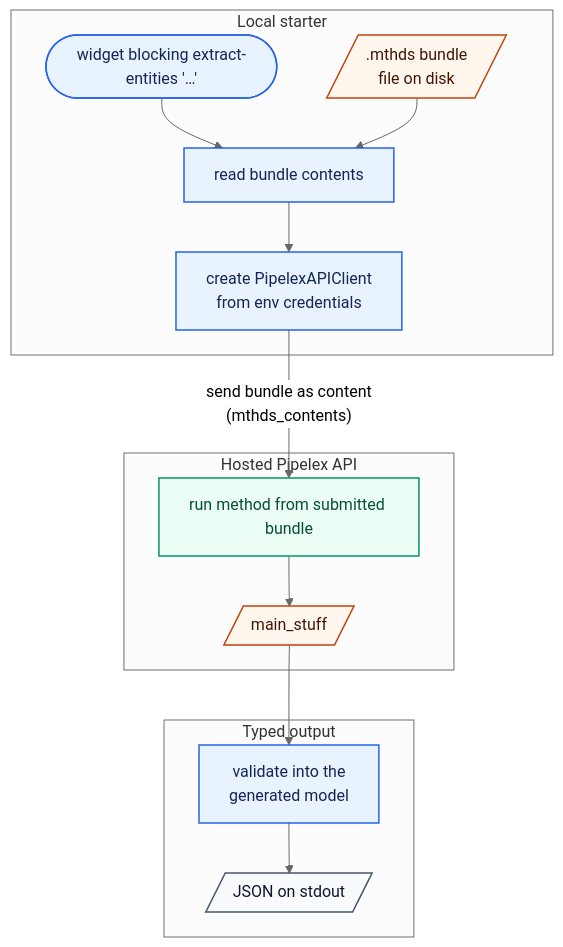
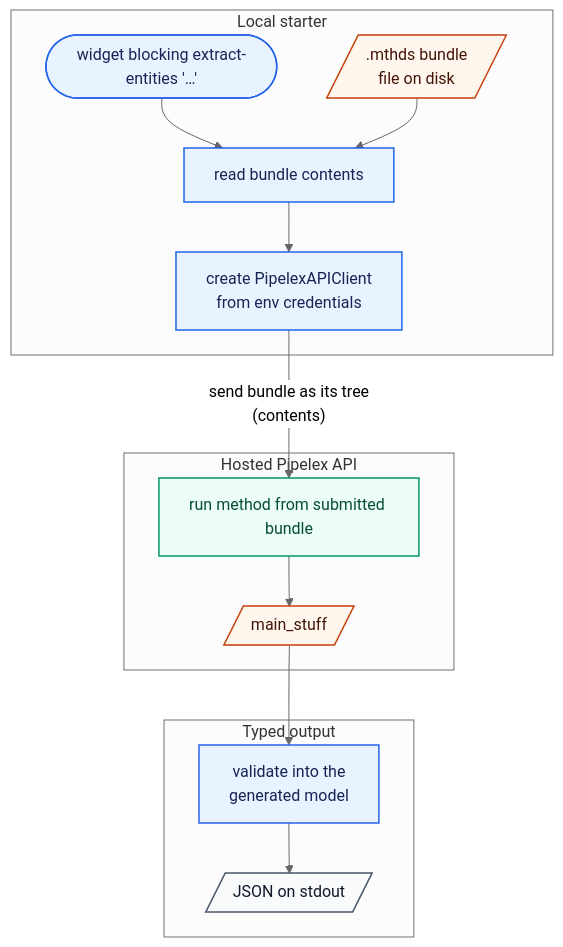
Before and after one commit to Pipelex/pipelex-starter-python: the first of 5 diagrams in README.md, drawn with Mermaid (neutral theme). The commit also changed other lines of this file and 21 other files, not shown here.

````diff
--- a/README.md
+++ b/README.md
@@ -126,32 +126,32 @@
 ```mermaid
 flowchart TD
     subgraph Local["Local starter"]
         CLI(["widget blocking extract-entities '…'"]):::operation
         Bundle[/" .mthds bundle<br/>file on disk "/]:::data
         Read["read bundle contents"]:::operation
         Client["create PipelexAPIClient<br/>from env credentials"]:::operation
     end
 
     subgraph Hosted["Hosted Pipelex API"]
         Run["run method from submitted bundle"]:::service
         MainStuff[/" main_stuff "/]:::data
     end
 
     subgraph Output["Typed output"]
         Parse["validate into the<br/>generated model"]:::operation
         JSON[/" JSON on stdout "/]:::terminal
     end
 
     CLI --> Read
     Bundle --> Read
     Read --> Client
-    Client -->|"send bundle as content<br/>(mthds_contents)"| Run
+    Client -->|"send bundle as its tree<br/>(contents)"| Run
     Run --> MainStuff
     MainStuff --> Parse
     Parse --> JSON
 
     classDef operation fill:#e8f3ff,stroke:#2563eb,stroke-width:1.5px,color:#172554
     classDef data fill:#fff7ed,stroke:#c2410c,stroke-width:1.5px,color:#431407
     classDef service fill:#ecfdf5,stroke:#059669,stroke-width:1.5px,color:#064e3b
     classDef terminal fill:#f8fafc,stroke:#475569,stroke-width:1.5px,color:#0f172a
 ```
````
